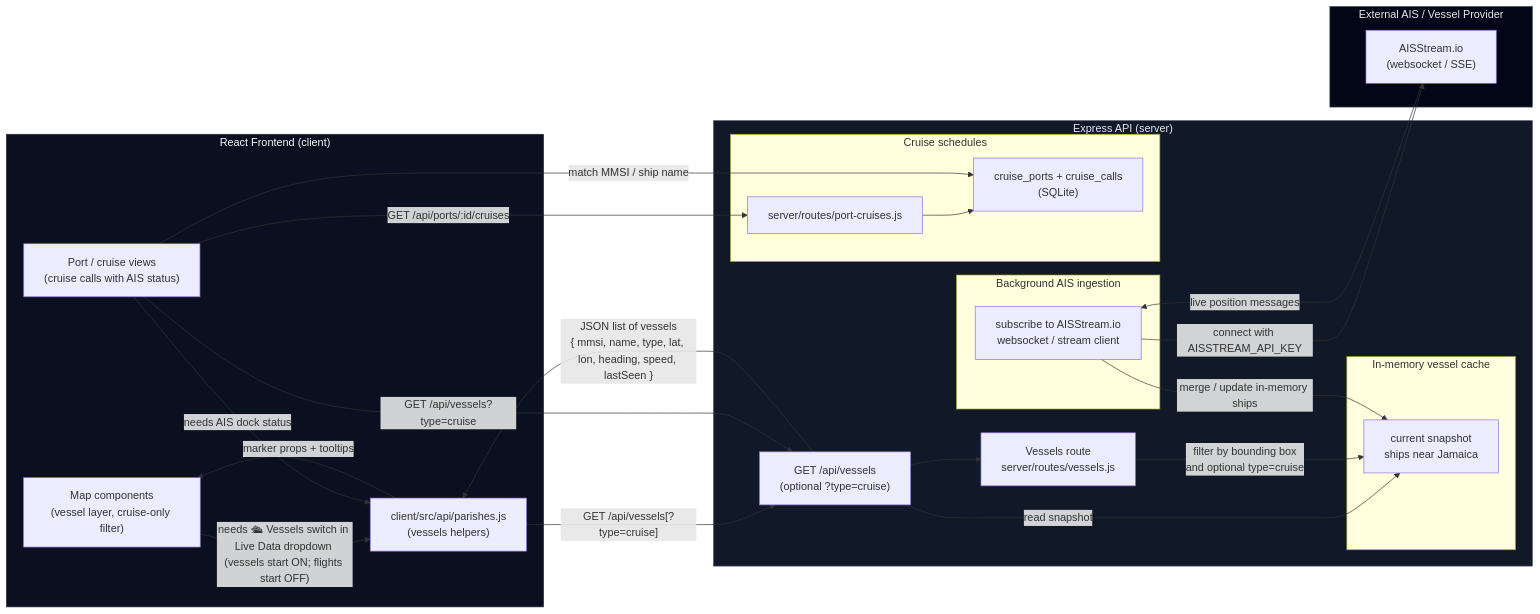
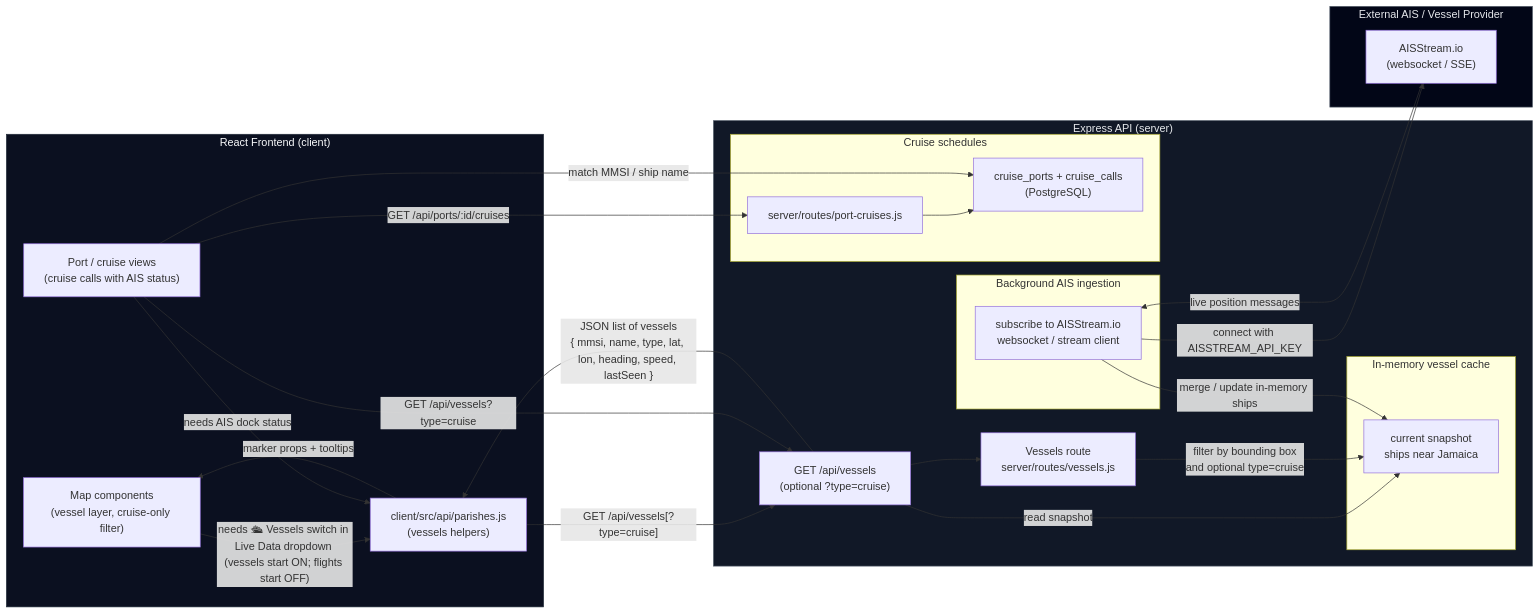
Before and after one commit to becomeonewiththecode/jamaica-parish-explorer: the diagram in docs/VESSEL-DATA-DIAGRAM.md, drawn with Mermaid. The commit also changed 54 other files, not shown here.

First line of the commit message:
feat: PostgreSQL backend, admin DB backup/restore, compose bind mounts

````diff
--- a/docs/VESSEL-DATA-DIAGRAM.md
+++ b/docs/VESSEL-DATA-DIAGRAM.md
@@ -5,67 +5,67 @@
 ```mermaid
 flowchart LR
   %% Frontend
   subgraph Frontend["React Frontend (client)"]
     Map["Map components<br/>(vessel layer, cruise-only filter)"]
     PortViews["Port / cruise views<br/>(cruise calls with AIS status)"]
     VesselsApiClient["client/src/api/parishes.js<br/>(vessels helpers)"]
   end
 
   %% Backend
   subgraph Backend["Express API (server)"]
     VesselsRoute["Vessels route<br/>server/routes/vessels.js"]
     VesselsEndpoint["GET /api/vessels<br/>(optional ?type=cruise)"]
 
     subgraph VesselCache["In-memory vessel cache"]
       VesselSnapshot["current snapshot<br/>ships near Jamaica"]
     end
 
     subgraph VesselJobs["Background AIS ingestion"]
       StreamTask["subscribe to AISStream.io<br/>websocket / stream client"]
     end
 
     subgraph CruiseData["Cruise schedules"]
-      CruiseTables["cruise_ports + cruise_calls<br/>(SQLite)"]
+      CruiseTables["cruise_ports + cruise_calls<br/>(PostgreSQL)"]
       PortCruiseRoute["server/routes/port-cruises.js"]
     end
   end
 
   %% External providers
   subgraph VesselProviders["External AIS / Vessel Provider"]
     AIS["AISStream.io<br/>(websocket / SSE)"]
   end
 
   %% Frontend calls backend
   Map -->|"needs 🛳 Vessels switch in Live Data dropdown (vessels start ON; flights start OFF)"| VesselsApiClient
   PortViews -->|"needs AIS dock status"| VesselsApiClient
   VesselsApiClient -->|"GET /api/vessels[?type=cruise]"| VesselsEndpoint
 
   %% Endpoint uses cache + filters
   VesselsEndpoint -->|"read snapshot"| VesselSnapshot
   VesselsEndpoint --> VesselsRoute
   VesselsRoute -->|"filter by bounding box<br/>and optional type=cruise"| VesselSnapshot
 
   %% AIS ingestion populates snapshot
   StreamTask -->|"connect with AISSTREAM_API_KEY"| AIS
   AIS -->|"live position messages"| StreamTask
   StreamTask -->|"merge / update in-memory ships"| VesselSnapshot
 
   %% Cruise schedule correlation (port popup)
   PortCruiseRoute --> CruiseTables
   PortViews -->|"GET /api/ports/:id/cruises"| PortCruiseRoute
   PortViews -->|"GET /api/vessels?type=cruise"| VesselsEndpoint
   PortViews -->|"match MMSI / ship name"| CruiseTables
 
   %% Data back to frontend
   VesselsEndpoint -->|"JSON list of vessels<br/>{ mmsi, name, type, lat, lon, heading, speed, lastSeen }"| VesselsApiClient
   VesselsApiClient -->|"marker props + tooltips"| Map
 
   %% Legend
   classDef frontend fill:#0b1020,stroke:#1f2937,color:#f9fafb;
   classDef backend fill:#111827,stroke:#4b5563,color:#e5e7eb;
   classDef external fill:#020617,stroke:#4b5563,color:#e5e7eb;
 
   class Frontend frontend;
   class Backend backend;
   class VesselProviders external;
 ```
````
